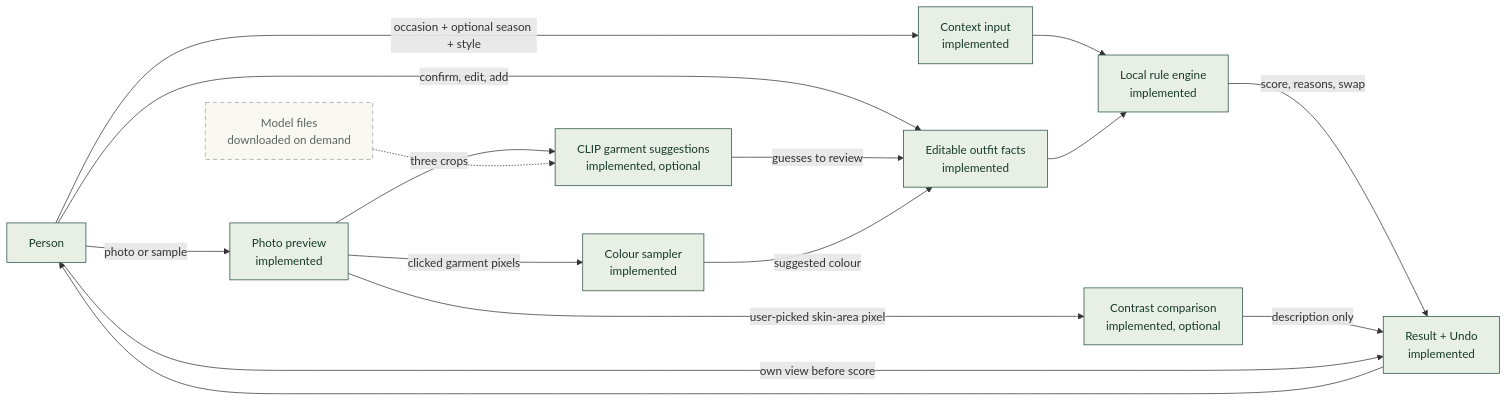
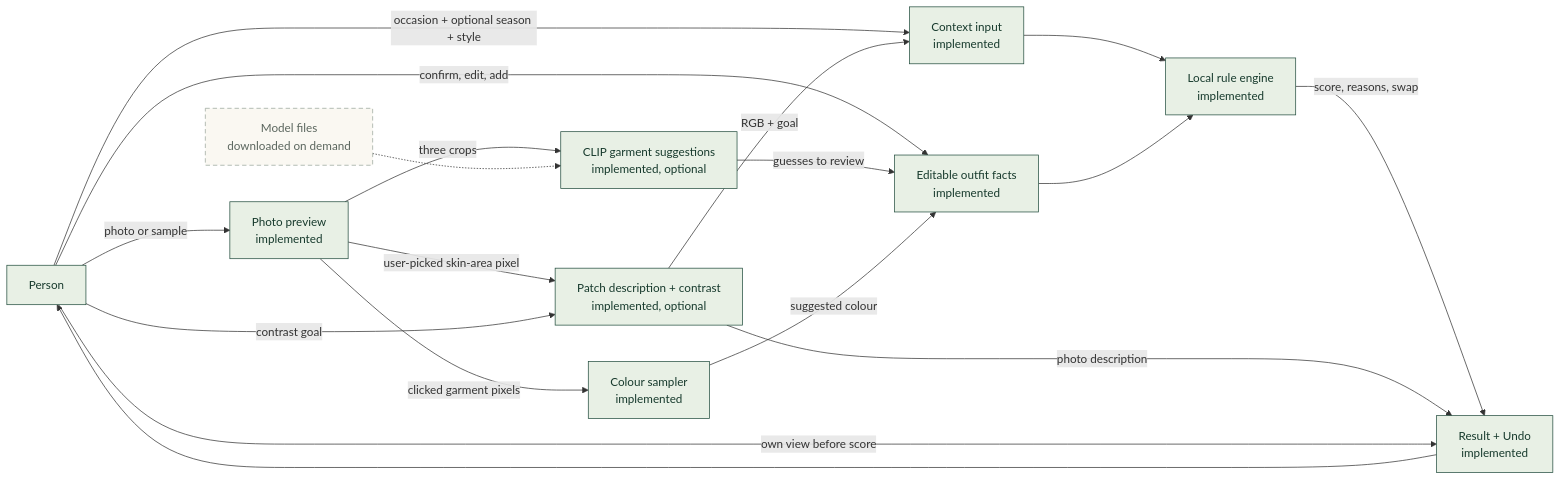
Before and after one commit to sasvatt11/outfit-considered-a2: the diagram in docs/architecture.mmd, drawn with Mermaid. The commit also changed 12 other files, not shown here.

Commit message:
Add user-directed near-face contrast scoring and photo picker flow

```diff
--- a/docs/architecture.mmd
+++ b/docs/architecture.mmd
@@ -1,21 +1,23 @@
 flowchart LR
     U[Person] -->|photo or sample| P[Photo preview<br/>implemented]
     P -->|three crops| V[CLIP garment suggestions<br/>implemented, optional]
     M[Model files<br/>downloaded on demand] -.-> V
     U -->|confirm, edit, add| E[Editable outfit facts<br/>implemented]
     V -->|guesses to review| E
     P -->|clicked garment pixels| C[Colour sampler<br/>implemented]
     C -->|suggested colour| E
     U -->|occasion + optional season + style| X[Context input<br/>implemented]
     X --> R[Local rule engine<br/>implemented]
     E --> R
     R -->|score, reasons, swap| O[Result + Undo<br/>implemented]
     O --> U
-    P -->|user-picked skin-area pixel| S[Contrast comparison<br/>implemented, optional]
-    S -->|description only| O
+    P -->|user-picked skin-area pixel| S[Patch description + contrast<br/>implemented, optional]
+    U -->|contrast goal| S
+    S -->|RGB + goal| X
+    S -->|photo description| O
     U -->|own view before score| O
 
     classDef built fill:#e8f0e5,stroke:#244e3f,color:#173a2d;
     classDef external fill:#faf8f2,stroke:#9aa69b,color:#5b665e,stroke-dasharray:6 4;
     class U,P,V,E,C,X,R,O,S built;
     class M external;
```
